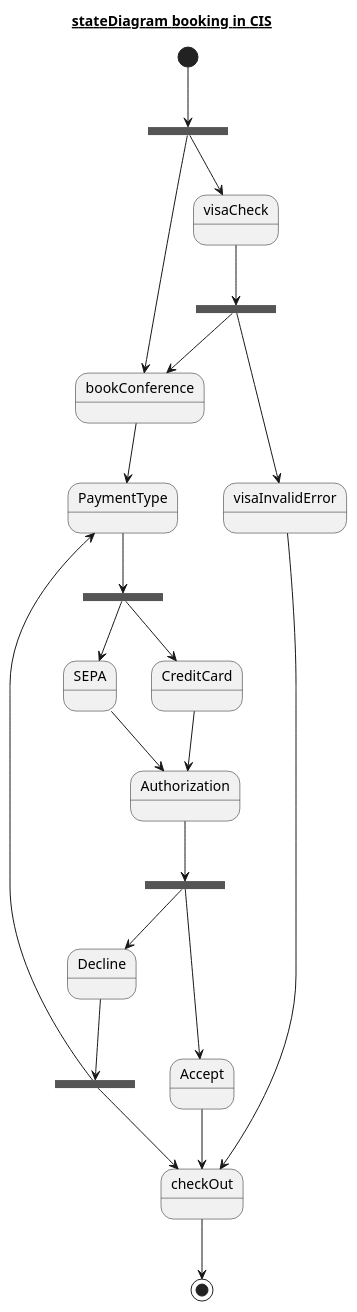
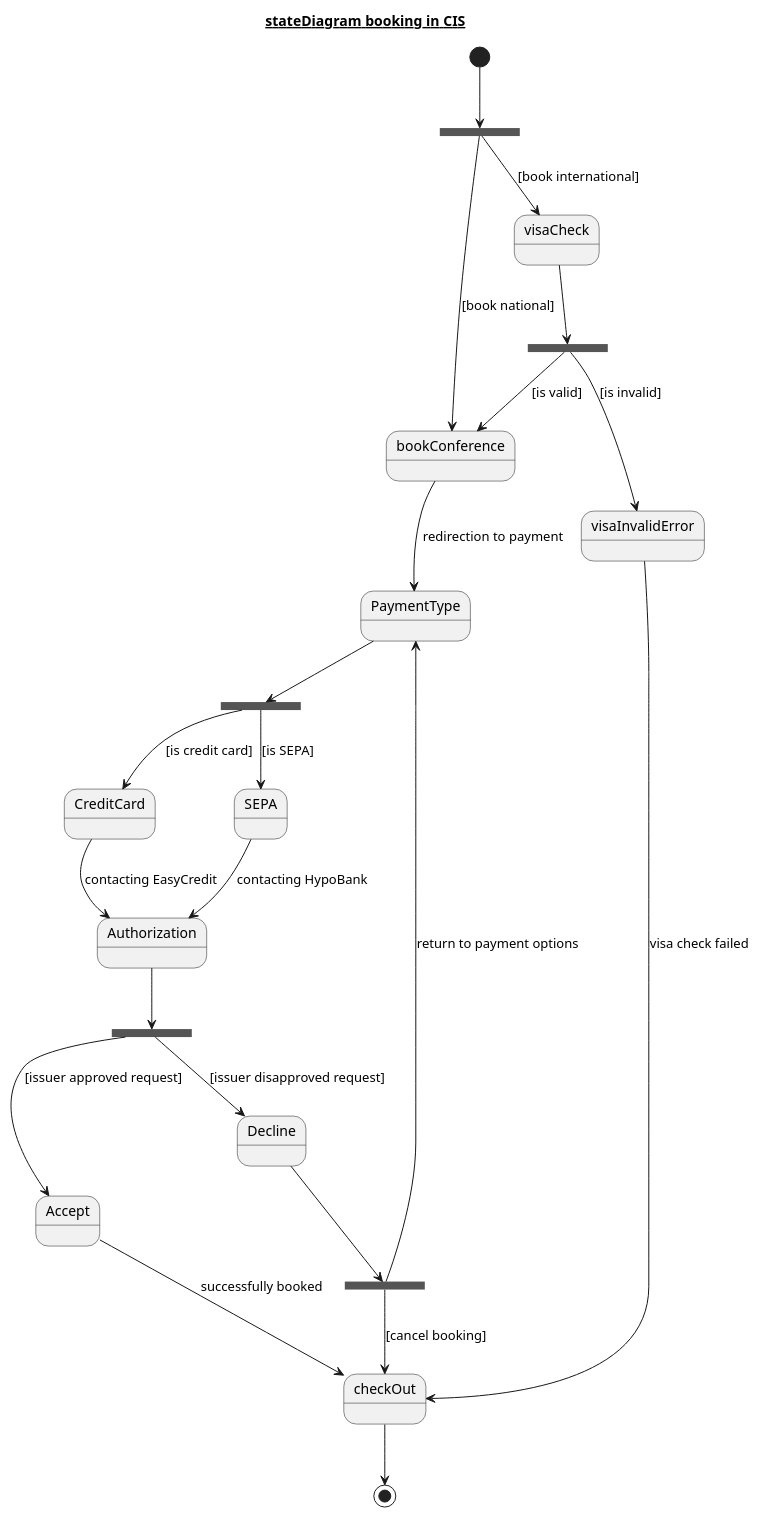
The diagram in src/main/personal_spaces/bella/exercise6/no4/stateDiagram_bookingCIS.puml (1nbetw33n/Parkhaus), drawn with PlantUML before and after one commit.

Commit message:
Added guards and explanations to arrows

```diff
--- a/src/main/personal_spaces/bella/exercise6/no4/stateDiagram_bookingCIS.puml
+++ b/src/main/personal_spaces/bella/exercise6/no4/stateDiagram_bookingCIS.puml
@@ -1,38 +1,39 @@
 @startuml
 
 title __**stateDiagram booking in CIS**__
 state forkBooking <<fork>>
 state forkVisaValidity <<fork>>
 state forkPaymentOptions <<fork>>
 state forkAuthorizationApproval <<fork>>
 state forkDecline <<fork>>
 
+
 [*] --> forkBooking
 
-forkBooking --> bookConference
-forkBooking --> visaCheck
+forkBooking --> bookConference : [book national]
+forkBooking --> visaCheck : [book international]
 
 visaCheck --> forkVisaValidity
-forkVisaValidity --> bookConference
-forkVisaValidity --> visaInvalidError
-bookConference --> PaymentType
+forkVisaValidity --> bookConference : [is valid]
+forkVisaValidity --> visaInvalidError : [is invalid]
+bookConference --> PaymentType : redirection to payment
 
 PaymentType --> forkPaymentOptions
-forkPaymentOptions --> SEPA
-forkPaymentOptions --> CreditCard
-SEPA --> Authorization
-CreditCard --> Authorization
+forkPaymentOptions --> SEPA : [is SEPA]
+forkPaymentOptions --> CreditCard : [is credit card]
+SEPA --> Authorization : contacting HypoBank
+CreditCard --> Authorization : contacting EasyCredit
 
 Authorization --> forkAuthorizationApproval
-forkAuthorizationApproval --> Accept
-forkAuthorizationApproval --> Decline
+forkAuthorizationApproval --> Accept : [issuer approved request]
+forkAuthorizationApproval --> Decline : [issuer disapproved request]
 
-Accept --> checkOut
+Accept --> checkOut : successfully booked
 Decline --> forkDecline
-forkDecline --> checkOut
-forkDecline --> PaymentType
-visaInvalidError --> checkOut
+forkDecline --> checkOut : [cancel booking]
+forkDecline --> PaymentType : return to payment options
+visaInvalidError --> checkOut : visa check failed
 
 checkOut --> [*]
 
 @enduml
```
